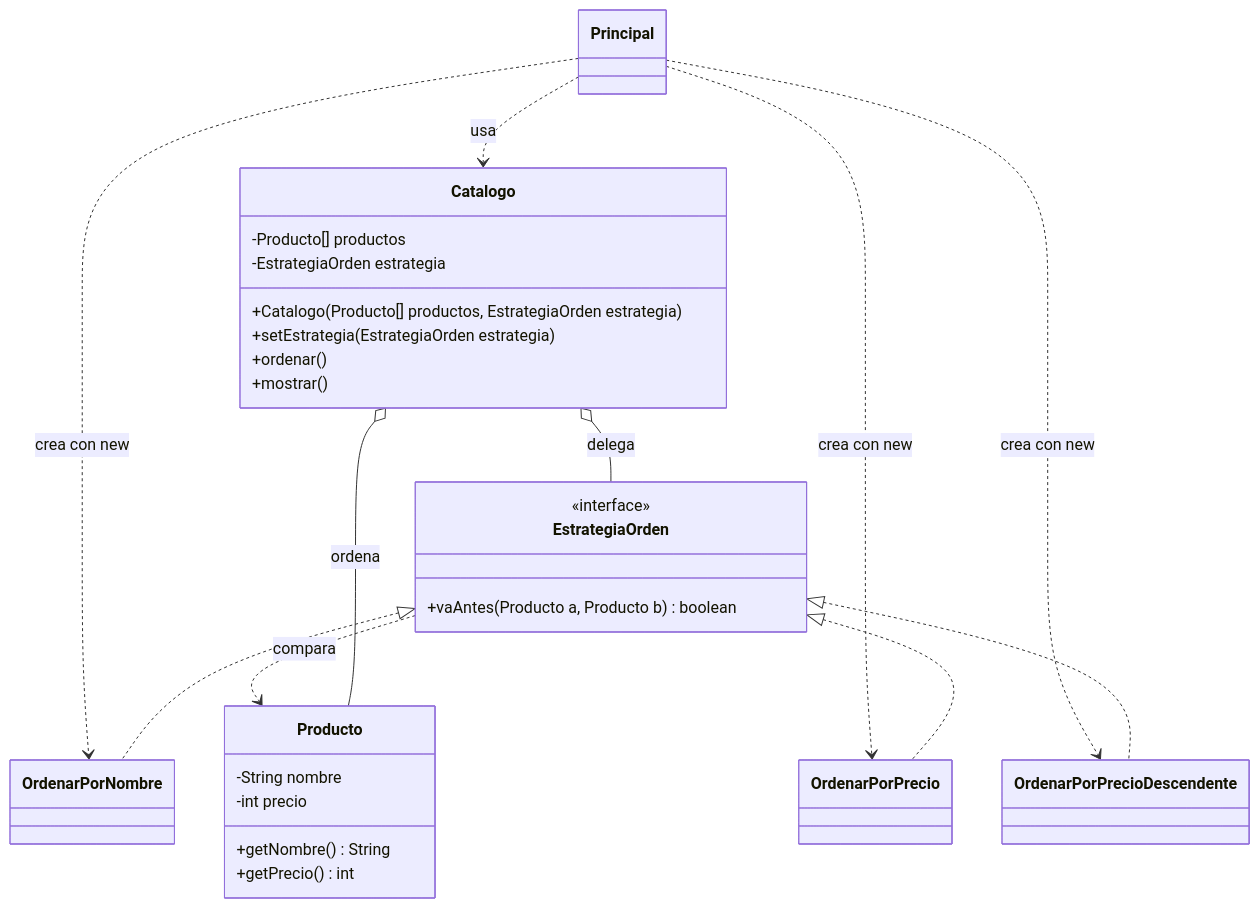
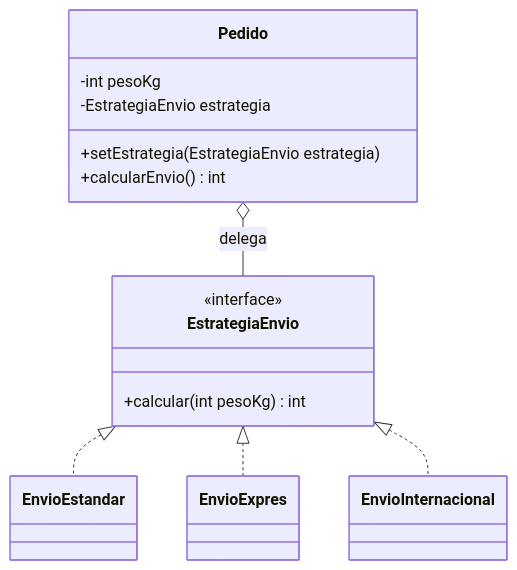
One commit to carevalomx69/DesignPatterns changed the second of 2 diagrams in 06 - Strategy/README.md. Above: the diagram before and after it, drawn with Mermaid. The commit also changed other lines of this file and 21 other files, not shown here.

First line of the commit message:
Strategy: ejemplo de costo de envio, diagrama simple y alternativa funcional

````diff
--- a/06 - Strategy/README.md
+++ b/06 - Strategy/README.md
@@ -131,35 +113,20 @@
 ```mermaid
 classDiagram
-    class Producto {
-        -String nombre
-        -int precio
-        +getNombre() String
-        +getPrecio() int
+    class EstrategiaEnvio {
+        <<interface>>
+        +calcular(int pesoKg) int
     }
-    class EstrategiaOrden {
-        <<interface>>
-        +vaAntes(Producto a, Producto b) boolean
+    class EnvioEstandar
+    class EnvioExpres
+    class EnvioInternacional
+    class Pedido {
+        -int pesoKg
+        -EstrategiaEnvio estrategia
+        +setEstrategia(EstrategiaEnvio estrategia)
+        +calcularEnvio() int
     }
-    class OrdenarPorNombre
-    class OrdenarPorPrecio
-    class OrdenarPorPrecioDescendente
-    class Catalogo {
-        -Producto[] productos
-        -EstrategiaOrden estrategia
-        +Catalogo(Producto[] productos, EstrategiaOrden estrategia)
-        +setEstrategia(EstrategiaOrden estrategia)
-        +ordenar()
-        +mostrar()
-    }
-    class Principal
-    EstrategiaOrden <|.. OrdenarPorNombre
-    EstrategiaOrden <|.. OrdenarPorPrecio
-    EstrategiaOrden <|.. OrdenarPorPrecioDescendente
-    Catalogo o-- EstrategiaOrden : delega
-    Catalogo o-- Producto : ordena
-    EstrategiaOrden ..> Producto : compara
-    Principal ..> Catalogo : usa
-    Principal ..> OrdenarPorNombre : crea con new
-    Principal ..> OrdenarPorPrecio : crea con new
-    Principal ..> OrdenarPorPrecioDescendente : crea con new
+    EstrategiaEnvio <|.. EnvioEstandar
+    EstrategiaEnvio <|.. EnvioExpres
+    EstrategiaEnvio <|.. EnvioInternacional
+    Pedido o-- EstrategiaEnvio : delega
 ```
````
